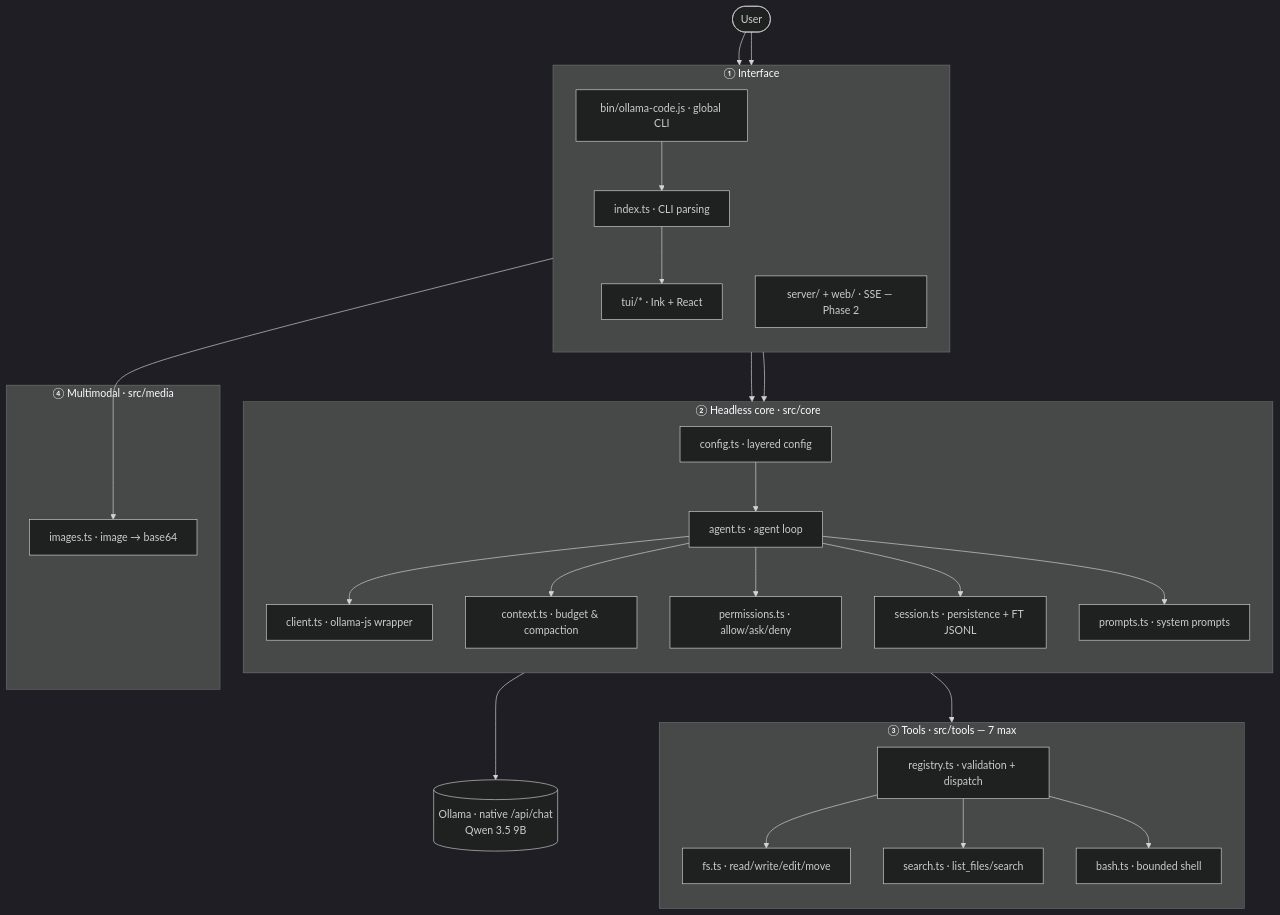
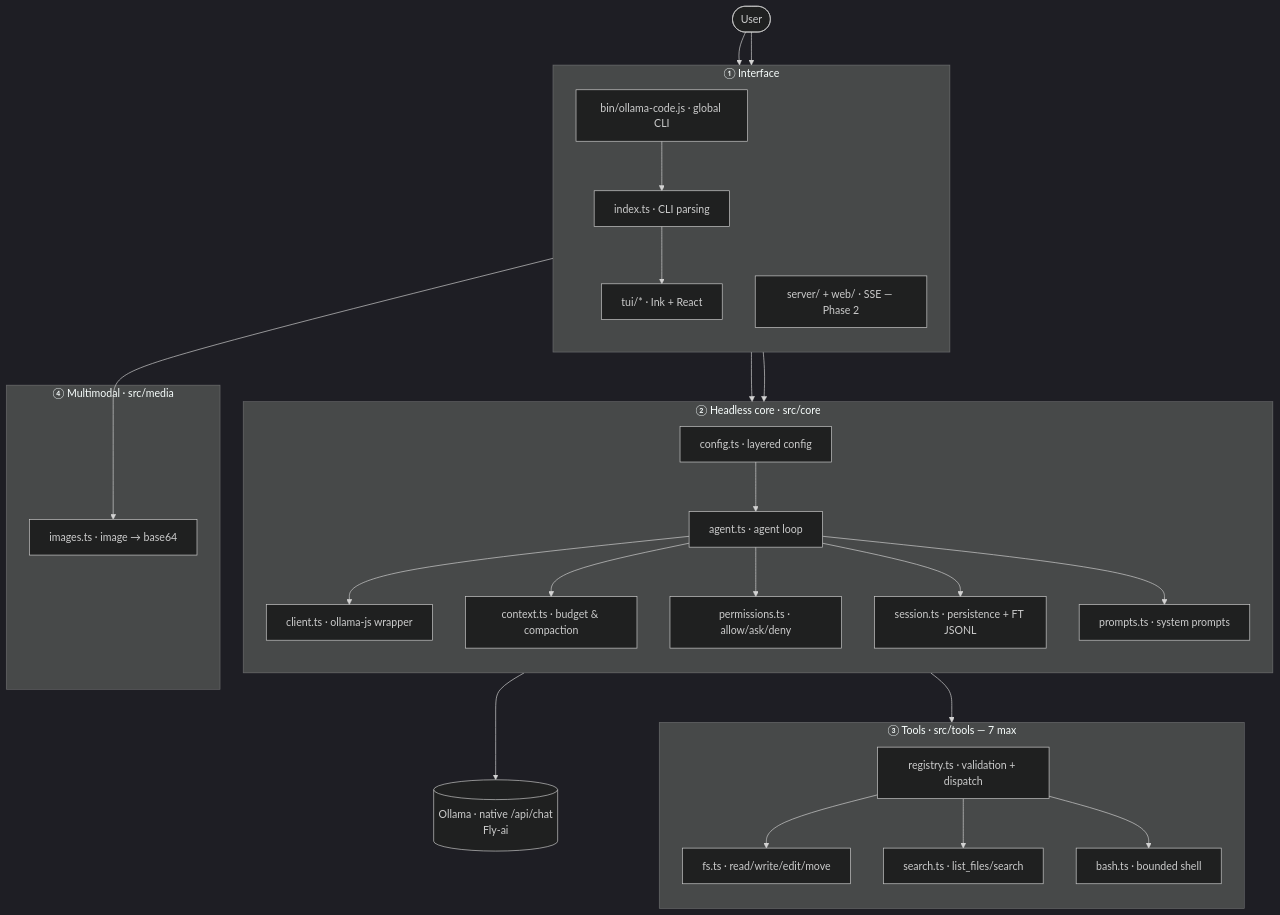
One commit to Tromset/Ollama-Code changed the second of 11 diagrams in DOCUMENTATION.md. Above: the diagram before and after it, drawn with Mermaid (dark theme). The commit also changed other lines of this file and 1 other file, not shown here.

First line of the commit message:
docs: replace Qwen 3.5 with Fly-ai in README and DOCUMENTATION

````diff
--- a/DOCUMENTATION.md
+++ b/DOCUMENTATION.md
@@ -120,56 +120,56 @@
 ```mermaid
 flowchart TB
     U([User])
 
     subgraph L1["① Interface"]
         direction TB
         BIN["bin/ollama-code.js · global CLI"]
         CLI["index.ts · CLI parsing"]
         TUI["tui/* · Ink + React"]
         WEB["server/ + web/ · SSE — Phase 2"]
     end
 
     subgraph L2["② Headless core · src/core"]
         direction TB
         AGENT["agent.ts · agent loop"]
         CLIENT["client.ts · ollama-js wrapper"]
         CTX["context.ts · budget & compaction"]
         PERM["permissions.ts · allow/ask/deny"]
         SESS["session.ts · persistence + FT JSONL"]
         PROMPTS["prompts.ts · system prompts"]
         CONFIG["config.ts · layered config"]
     end
 
     subgraph L3["③ Tools · src/tools — 7 max"]
         direction TB
         REG["registry.ts · validation + dispatch"]
         FS["fs.ts · read/write/edit/move"]
         SEARCH["search.ts · list_files/search"]
         BASH["bash.ts · bounded shell"]
     end
 
     subgraph L4["④ Multimodal · src/media"]
         IMG["images.ts · image → base64"]
     end
 
-    O[("Ollama · native /api/chat<br/>Qwen 3.5 9B")]
+    O[("Ollama · native /api/chat<br/>Fly-ai")]
 
     U --> CLI
     U --> BIN
     BIN --> CLI
     CLI --> TUI
     TUI --> AGENT
     WEB --> AGENT
     AGENT --> CLIENT
     CLIENT --> O
     AGENT --> CTX
     AGENT --> PERM
     AGENT --> SESS
     AGENT --> PROMPTS
     AGENT --> REG
     REG --> FS
     REG --> SEARCH
     REG --> BASH
     TUI --> IMG
     CONFIG --> AGENT
 ```
````
